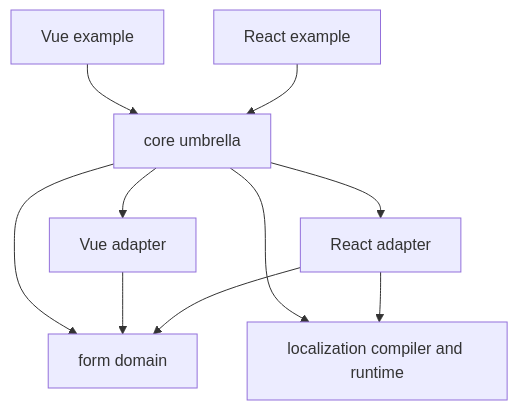
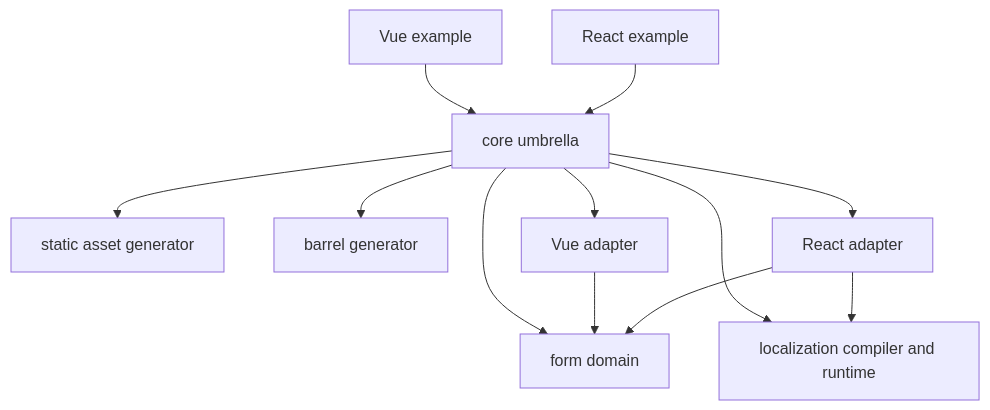
One commit to alpinnz/valfuse-node changed the diagram in docs/architecture.md. Above: the diagram before and after it, drawn with Mermaid. The commit also changed other lines of this file and 37 other files, not shown here.

Commit message:
feat(core): add asset and barrel generator packages

````diff
--- a/docs/architecture.md
+++ b/docs/architecture.md
@@ -22,20 +24,24 @@
 ```mermaid
 flowchart TD
   form[form domain]
+  assets[static asset generator]
+  barrel[barrel generator]
   localization[localization compiler and runtime]
   react[React adapter]
   vue[Vue adapter]
   core[core umbrella]
   reactExample[React example]
   vueExample[Vue example]
 
   react --> form
   react --> localization
   vue --> form
   core --> form
   core --> localization
+  core --> assets
+  core --> barrel
   core --> react
   core --> vue
   reactExample --> core
   vueExample --> core
 ```
````
